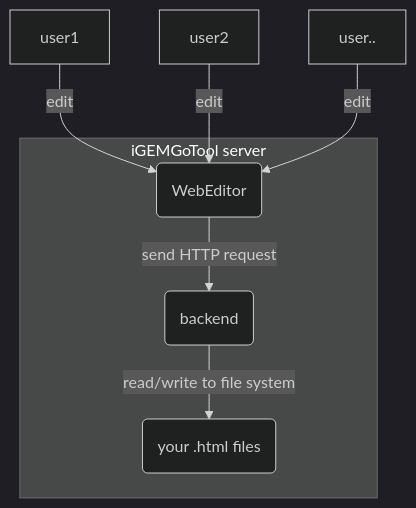
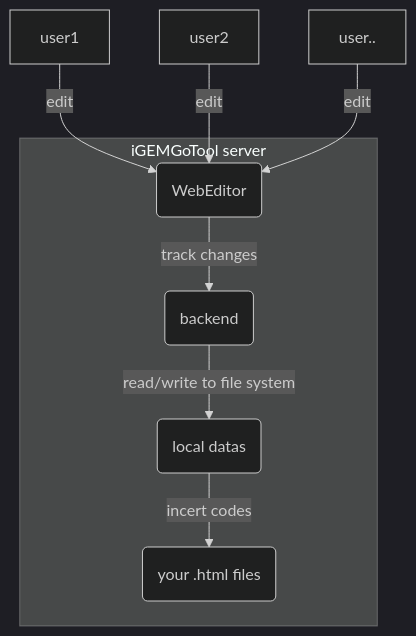
The diagram in README.md (950288/WikiBreeze), drawn with Mermaid (dark theme) before and after one commit. The commit also changed other lines of this file, not shown here.

Commit message:
change readme file

````diff
--- a/README.md
+++ b/README.md
@@ -77,10 +77,11 @@
 ```mermaid
 graph TB
     user1 --edit--> WebEditor
     user2 --edit--> WebEditor
     user.. --edit--> WebEditor
     subgraph iGEMGoTool server
-        WebEditor(WebEditor) --send HTTP request--> backend(backend)
-        backend --read/write to file system--> pages(your .html files)
+        WebEditor(WebEditor) --track changes--> backend(backend)
+        backend --read/write to file system--> data(local datas)
+        data --incert codes--> pages(your .html files)
     end
 ```
````
